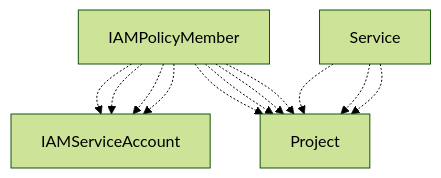
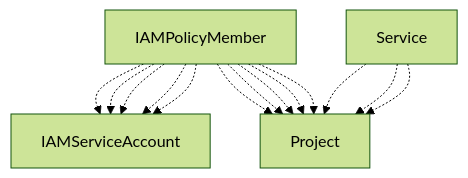
One commit to mathieu-benoit/acm-workshop changed the diagram in app/content/gke-cluster/allow-gke.md. Above: the diagram before and after it, drawn with Mermaid (forest theme). The commit also changed other lines of this file and 31 other files, not shown here.

Commit message:
Fix flow until Ingress Gateway included

```diff
--- a/app/content/gke-cluster/allow-gke.md
+++ b/app/content/gke-cluster/allow-gke.md
@@ -160,14 +196,16 @@
 {{< mermaid >}}
 graph TD;
+  IAMPolicyMember-.->IAMServiceAccount
+  IAMPolicyMember-.->Project
   IAMPolicyMember-.->IAMServiceAccount
   IAMPolicyMember-.->Project
   IAMPolicyMember-.->IAMServiceAccount
   IAMPolicyMember-.->Project
   IAMPolicyMember-.->IAMServiceAccount
   IAMPolicyMember-.->Project
   IAMPolicyMember-.->IAMServiceAccount
   IAMPolicyMember-.->Project
   Service-.->Project
   Service-.->Project
   Service-.->Project
 {{< /mermaid >}}
```
